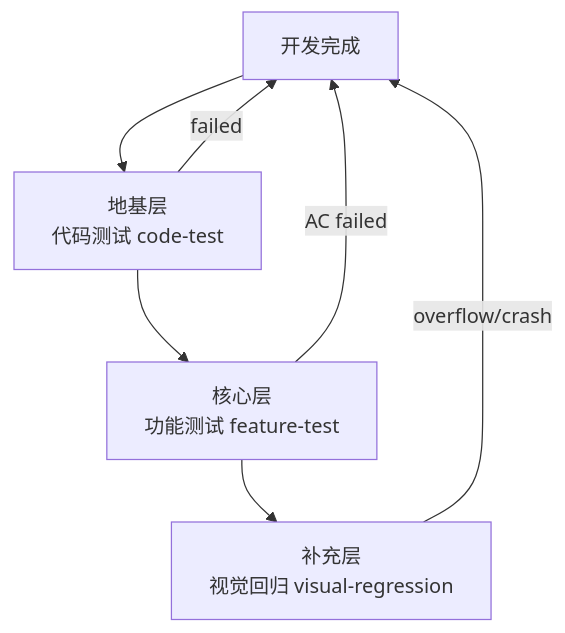
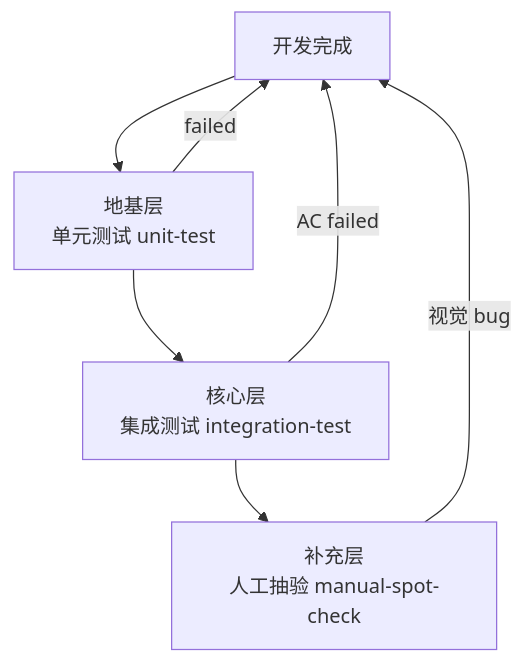
Before and after one commit to kenGH12345/KartosLab: the diagram in .codebuddy/skills/core/self-testing/SKILL.md, drawn with Mermaid. The commit also changed other lines of this file and 6 other files, not shown here.

````diff
--- a/.codebuddy/skills/core/self-testing/SKILL.md
+++ b/.codebuddy/skills/core/self-testing/SKILL.md
@@ -21,9 +21,9 @@
 ```mermaid
 flowchart TD
-  A[开发完成] --> B[地基层<br/>代码测试 code-test]
-  B --> C[核心层<br/>功能测试 feature-test]
-  C --> D[补充层<br/>视觉回归 visual-regression]
+  A[开发完成] --> B[地基层<br/>单元测试 unit-test]
+  B --> C[核心层<br/>集成测试 integration-test]
+  C --> D[补充层<br/>人工抽验 manual-spot-check]
   B -->|failed| A
   C -->|AC failed| A
-  D -->|overflow/crash| A
+  D -->|视觉 bug| A
 ```
````
